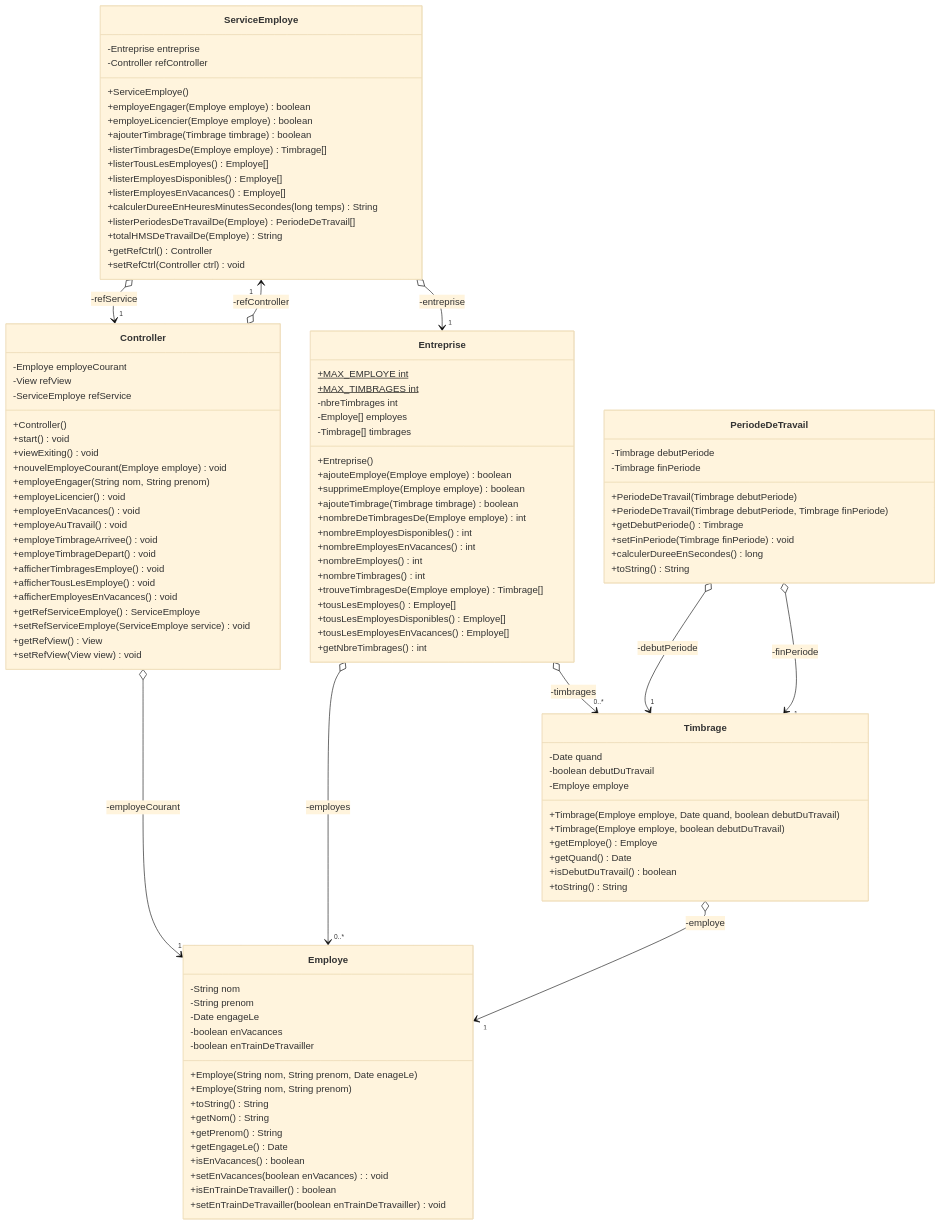
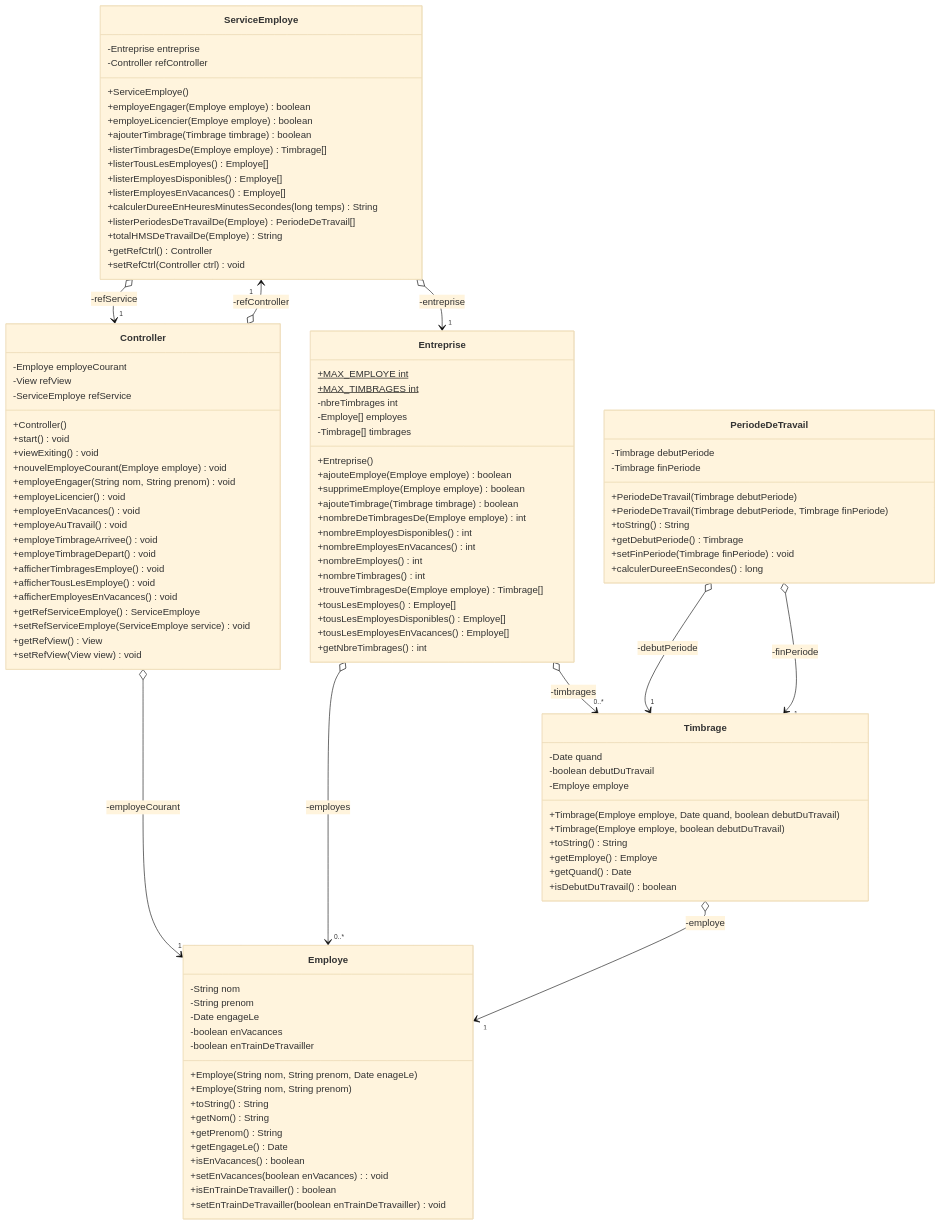
One commit to emf-info-d400/Ex12-GestionEmployes changed the second of 4 diagrams in README.md. Above: the diagram before and after it, drawn with Mermaid (base theme). The commit also changed other lines of this file, not shown here.

Commit message:
correction diagrammes UML

```diff
--- a/README.md
+++ b/README.md
@@ -201,7 +204,7 @@
     +start() void
     +viewExiting() void
     +nouvelEmployeCourant(Employe employe) void
-    +employeEngager(String nom, String prenom)
+    +employeEngager(String nom, String prenom) void
     +employeLicencier() void
     +employeEnVacances() void
     +employeAuTravail() void
@@ -262,10 +265,10 @@
     -Employe employe
     +Timbrage(Employe employe, Date quand, boolean debutDuTravail)
     +Timbrage(Employe employe, boolean debutDuTravail)
+    +toString() String
     +getEmploye() Employe
     +getQuand() Date
     +isDebutDuTravail() boolean
-    +toString() String
 }
 
 class PeriodeDeTravail {
@@ -273,10 +276,10 @@
     -Timbrage finPeriode
     +PeriodeDeTravail(Timbrage debutPeriode)
     +PeriodeDeTravail(Timbrage debutPeriode, Timbrage finPeriode)
+    +toString() String
     +getDebutPeriode() Timbrage
     +setFinPeriode(Timbrage finPeriode) void
     +calculerDureeEnSecondes() long
-    +toString() String
 }
 
 Controller o--> "1" ServiceEmploye : -refController
```
